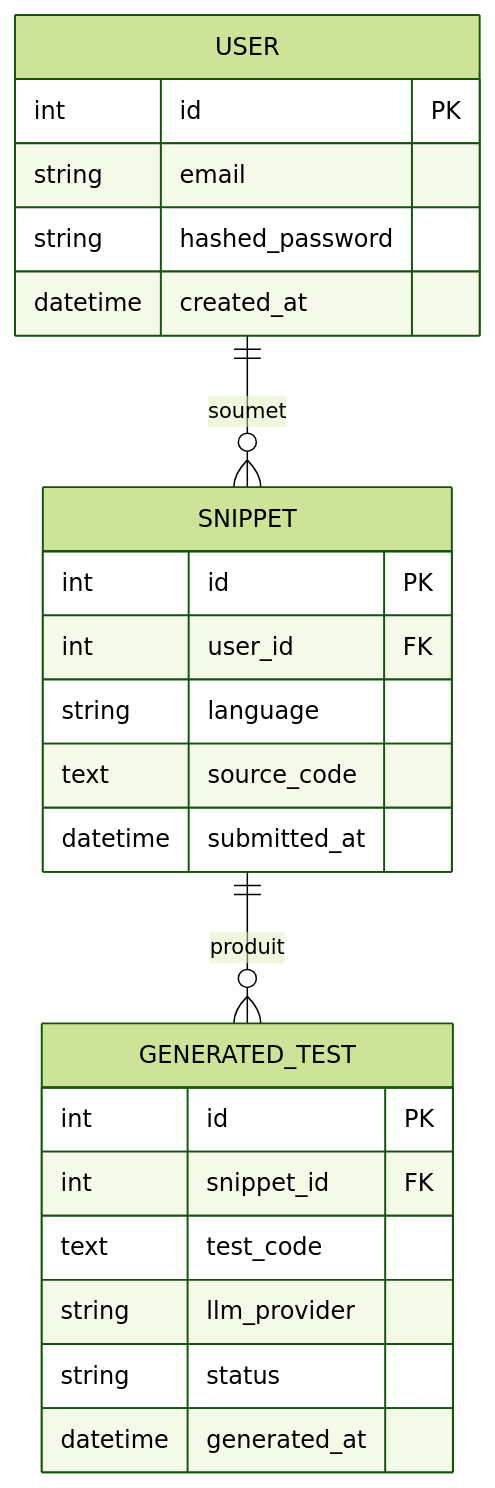
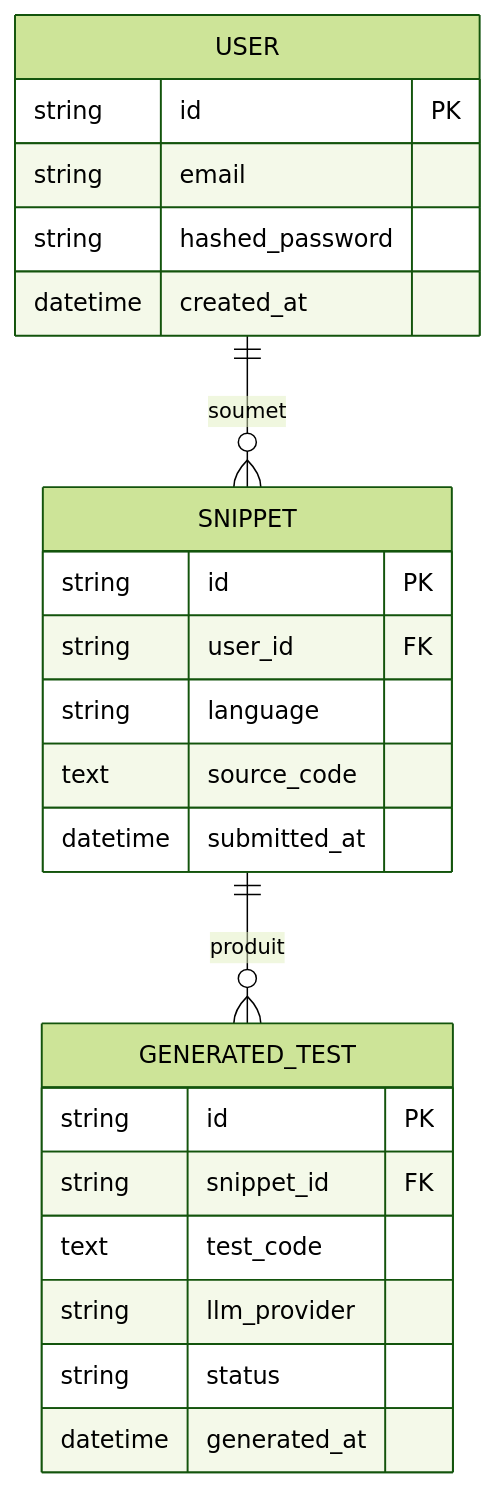
The first of 3 diagrams in docs/ARCHITECTURE.md (DaRKkem/TestGenAI), drawn with Mermaid (forest theme) before and after one commit.

Commit message:
docs(architecture): fix ERD PK/FK types from int to string (UUID)

````diff
--- a/docs/ARCHITECTURE.md
+++ b/docs/ARCHITECTURE.md
@@ -2,26 +2,26 @@
 ```mermaid
 erDiagram
     USER ||--o{ SNIPPET : "soumet"
     SNIPPET ||--o{ GENERATED_TEST : "produit"
     USER {
-        int id PK
+        string id PK
         string email
         string hashed_password
         datetime created_at
     }
     SNIPPET {
-        int id PK
-        int user_id FK
+        string id PK
+        string user_id FK
         string language
         text source_code
         datetime submitted_at
     }
     GENERATED_TEST {
-        int id PK
-        int snippet_id FK
+        string id PK
+        string snippet_id FK
         text test_code
         string llm_provider
         string status
         datetime generated_at
     }
 ```
````
